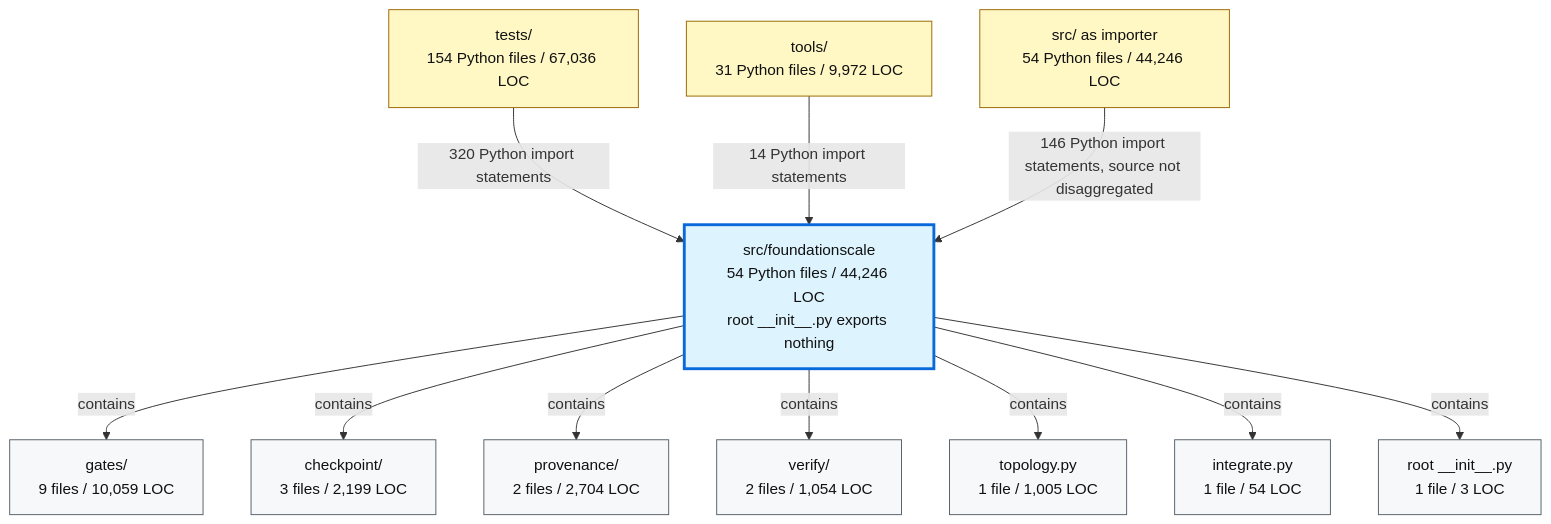
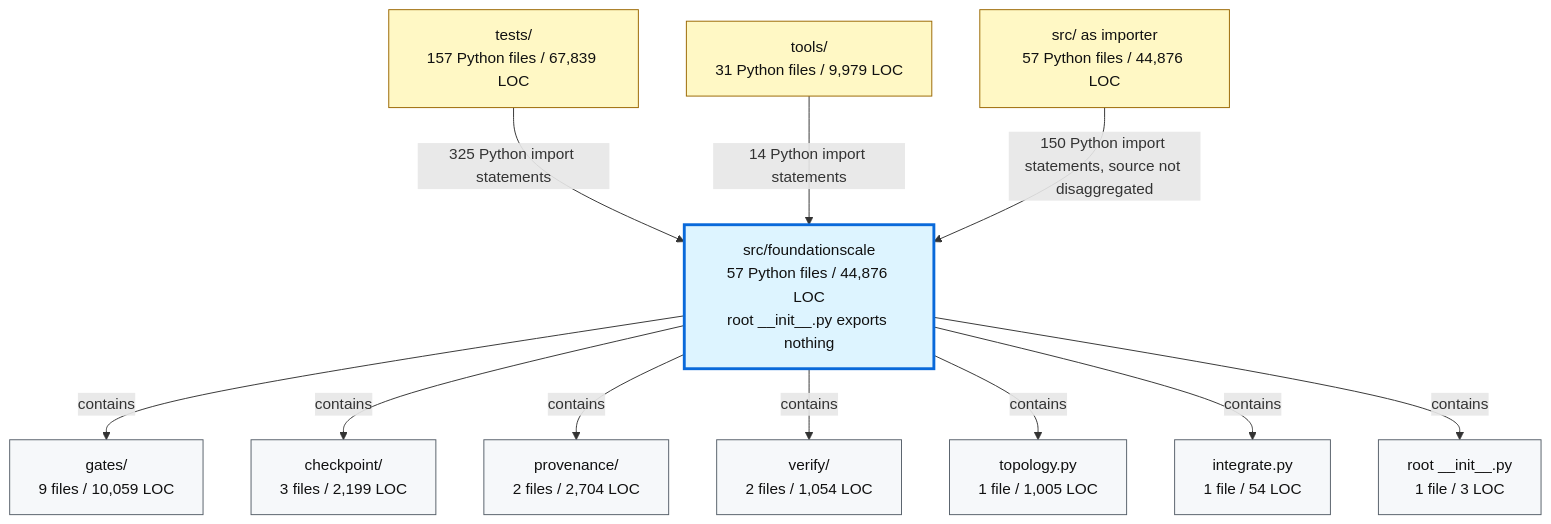
The second of 2 diagrams in docs/review/D2_current_architecture.md (TranNhiem/FoundationScale), drawn with Mermaid before and after one commit. The commit also changed other lines of this file and 25 other files, not shown here.

````diff
--- a/docs/review/D2_current_architecture.md
+++ b/docs/review/D2_current_architecture.md
@@ -97,36 +97,36 @@
 ```mermaid
 flowchart TB
-  TESTS["tests/<br/>154 Python files / 67,036 LOC"]
-  TOOLS["tools/<br/>31 Python files / 9,972 LOC"]
-  SRC["src/ as importer<br/>54 Python files / 44,246 LOC"]
+  TESTS["tests/<br/>157 Python files / 67,839 LOC"]
+  TOOLS["tools/<br/>31 Python files / 9,979 LOC"]
+  SRC["src/ as importer<br/>57 Python files / 44,876 LOC"]
 
-  FS["src/foundationscale<br/>54 Python files / 44,246 LOC<br/>root __init__.py exports nothing"]
+  FS["src/foundationscale<br/>57 Python files / 44,876 LOC<br/>root __init__.py exports nothing"]
 
   GATES["gates/<br/>9 files / 10,059 LOC"]
   CKPT["checkpoint/<br/>3 files / 2,199 LOC"]
   PROV["provenance/<br/>2 files / 2,704 LOC"]
   VERIFY["verify/<br/>2 files / 1,054 LOC"]
   TOPO["topology.py<br/>1 file / 1,005 LOC"]
   INTEG["integrate.py<br/>1 file / 54 LOC"]
   ROOT["root __init__.py<br/>1 file / 3 LOC"]
 
-  TESTS -->|"320 Python import statements"| FS
+  TESTS -->|"325 Python import statements"| FS
   TOOLS -->|"14 Python import statements"| FS
-  SRC -->|"146 Python import statements, source not disaggregated"| FS
+  SRC -->|"150 Python import statements, source not disaggregated"| FS
 
   FS -->|"contains"| GATES
   FS -->|"contains"| CKPT
   FS -->|"contains"| PROV
   FS -->|"contains"| VERIFY
   FS -->|"contains"| TOPO
   FS -->|"contains"| INTEG
   FS -->|"contains"| ROOT
 
   classDef consumer fill:#fff8c5,stroke:#9a6700,color:#111;
   classDef package fill:#ddf4ff,stroke:#0969da,stroke-width:3px,color:#111;
   classDef module fill:#f6f8fa,stroke:#57606a,color:#111;
 
   class TESTS,TOOLS,SRC consumer;
   class FS package;
   class GATES,CKPT,PROV,VERIFY,TOPO,INTEG,ROOT module;
 ```
````
